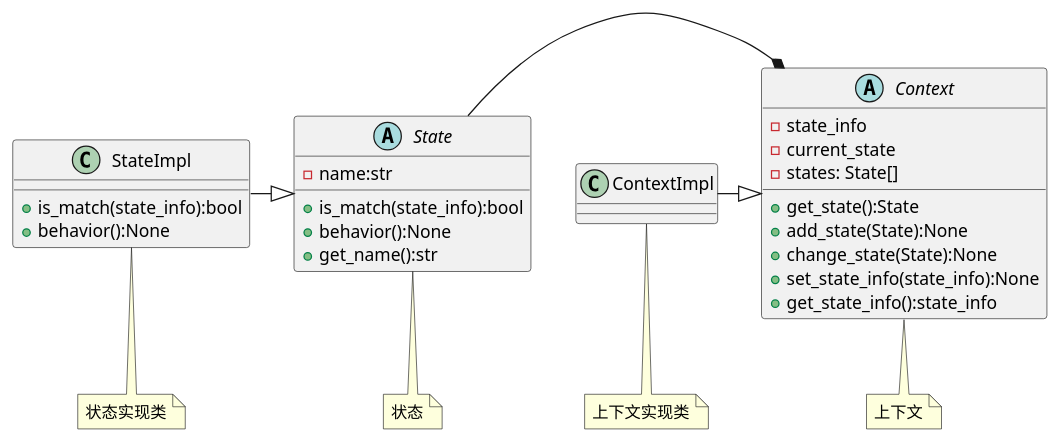
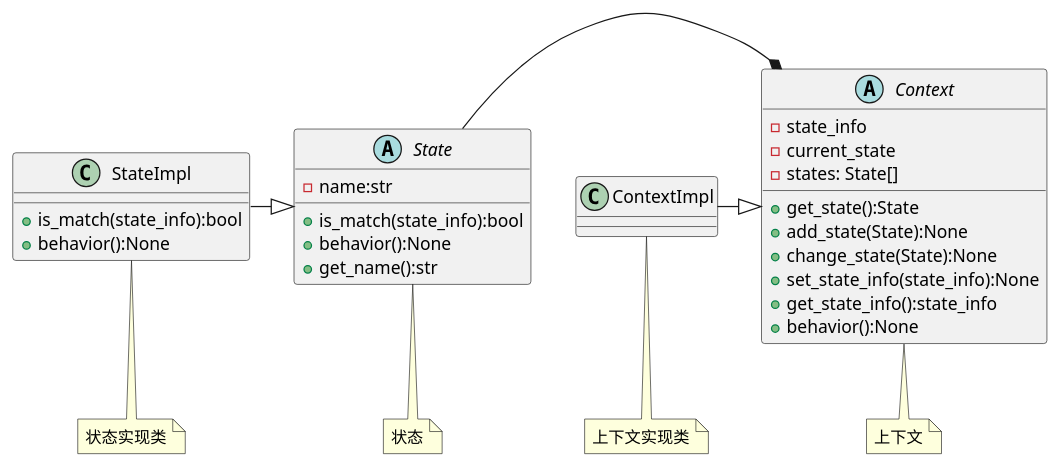
The diagram in 设计模式/人人都懂设计模式/行为型模式11/状态模式.puml (UserDeeZzz/DailyNote), drawn with PlantUML before and after one commit. The commit also changed 14 other files, not shown here.

```diff
--- a/设计模式/人人都懂设计模式/行为型模式11/状态模式.puml
+++ b/设计模式/人人都懂设计模式/行为型模式11/状态模式.puml
@@ -1,31 +1,32 @@
 @startuml
 abstract class Context{
 - state_info
 - current_state
 - states: State[]
 + get_state():State
 + add_state(State):None
 + change_state(State):None
 + set_state_info(state_info):None
 + get_state_info():state_info
++ behavior():None
 }
 note bottom:上下文
 abstract class State{
 - name:str
 + is_match(state_info):bool
 + behavior():None
 + get_name():str
 }
 note bottom:状态
 class ContextImpl{
 }
 note bottom:上下文实现类
 class StateImpl{
 + is_match(state_info):bool
 + behavior():None
 }
 note bottom:状态实现类
 StateImpl -|> State
 ContextImpl -|> Context
 State -* Context
 @enduml
```
